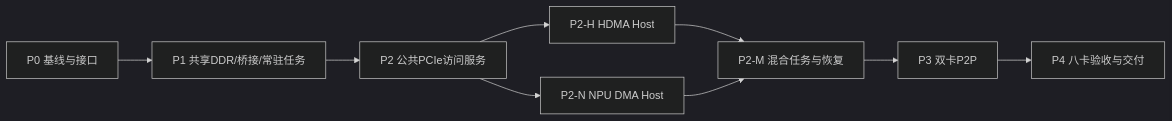
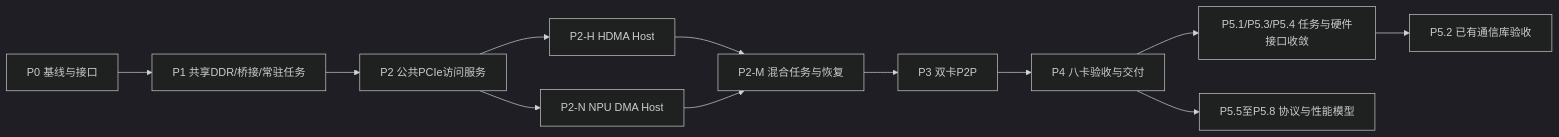
The diagram in zc_simulator/内部PCIe互联平台分阶段实现方案.md (YoungLee1995/qemu), drawn with Mermaid (dark theme) before and after one commit. The commit also changed other lines of this file, not shown here.

````diff
--- a/zc_simulator/内部PCIe互联平台分阶段实现方案.md
+++ b/zc_simulator/内部PCIe互联平台分阶段实现方案.md
@@ -277,11 +320,14 @@
 ```mermaid
 flowchart LR
     P0[P0 基线与接口] --> P1[P1 共享DDR/桥接/常驻任务]
     P1 --> S[P2 公共PCIe访问服务]
     S --> H[P2-H HDMA Host]
     S --> N[P2-N NPU DMA Host]
     H --> M[P2-M 混合任务与恢复]
     N --> M
     M --> P3[P3 双卡P2P]
     P3 --> P4[P4 八卡验收与交付]
+    P4 --> C[P5.1/P5.3/P5.4 任务与硬件接口收敛]
+    C --> L[P5.2 已有通信库验收]
+    P4 --> T[P5.5至P5.8 协议与性能模型]
 ```
````
